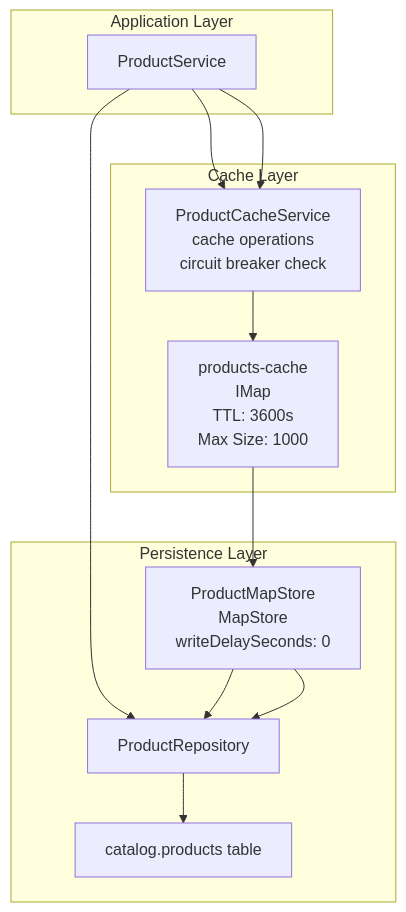
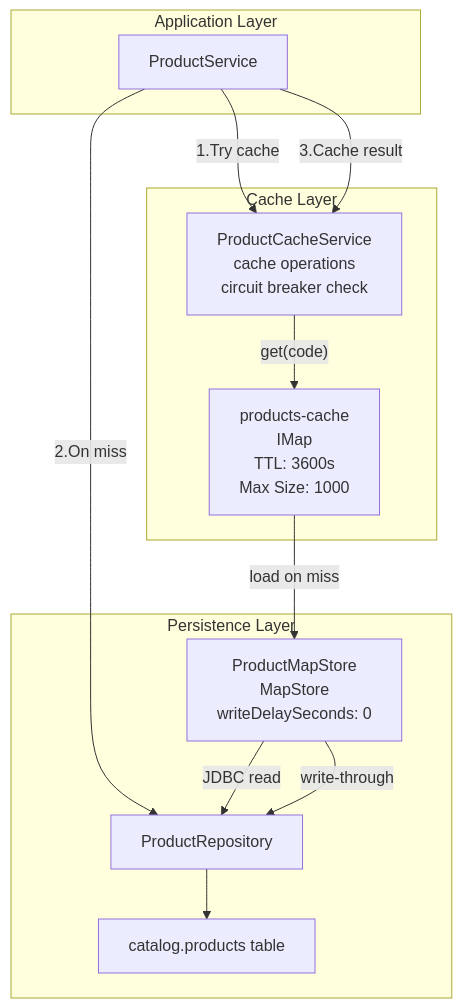
Before and after one commit to philipz/spring-modular-monolith: the third of 5 diagrams in docs/deepwiki/Catalog-Module.md, drawn with Mermaid. The commit also changed other lines of this file and 55 other files, not shown here.

````diff
--- a/docs/deepwiki/Catalog-Module.md
+++ b/docs/deepwiki/Catalog-Module.md
@@ -217,34 +217,34 @@
 ```mermaid
 flowchart TD
 
 ProductService["ProductService"]
 ProductCacheService["ProductCacheService<br>cache operations<br>circuit breaker check"]
 ProductsCache["products-cache<br>IMap<br>TTL: 3600s<br>Max Size: 1000"]
 ProductMapStore["ProductMapStore<br>MapStore<br>writeDelaySeconds: 0"]
 ProductRepo["ProductRepository"]
 CatalogDB["catalog.products table"]
 
-ProductService --> ProductCacheService
-ProductService --> ProductRepo
-ProductService --> ProductCacheService
-ProductsCache --> ProductMapStore
+ProductService -->|"1.Try cache"| ProductCacheService
+ProductService -->|"2.On miss"| ProductRepo
+ProductService -->|"3.Cache result"| ProductCacheService
+ProductsCache -->|"load on miss"| ProductMapStore
 
 subgraph subGraph2 ["Persistence Layer"]
     ProductMapStore
     ProductRepo
     CatalogDB
-    ProductMapStore --> ProductRepo
-    ProductMapStore --> ProductRepo
+    ProductMapStore -->|"JDBC read"| ProductRepo
+    ProductMapStore -->|"write-through"| ProductRepo
     ProductRepo --> CatalogDB
 end
 
 subgraph subGraph1 ["Cache Layer"]
     ProductCacheService
     ProductsCache
-    ProductCacheService --> ProductsCache
+    ProductCacheService -->|"get(code)"| ProductsCache
 end
 
 subgraph subGraph0 ["Application Layer"]
     ProductService
 end
 ```
````
